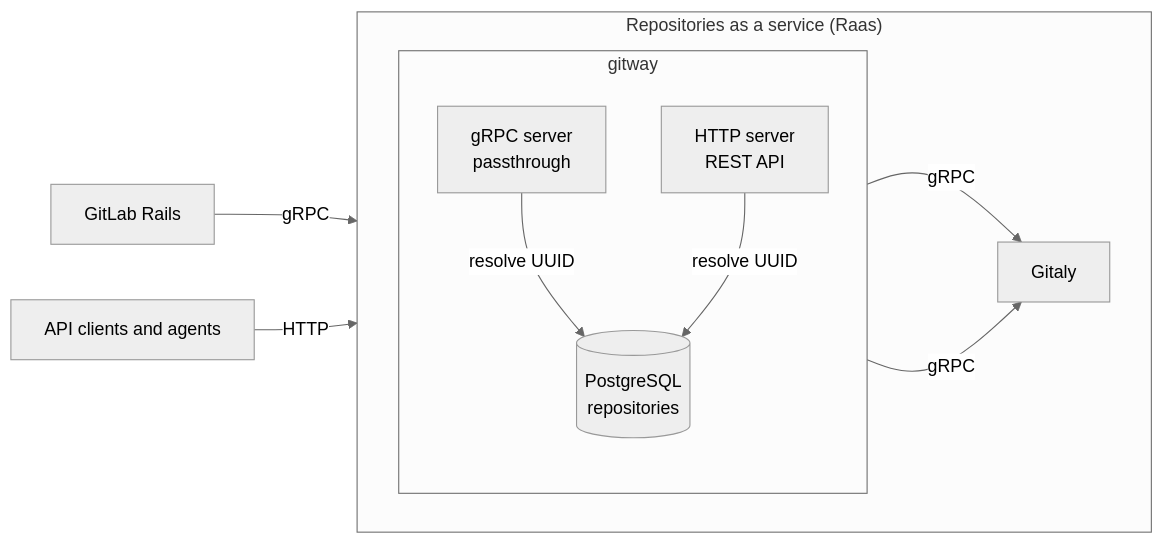
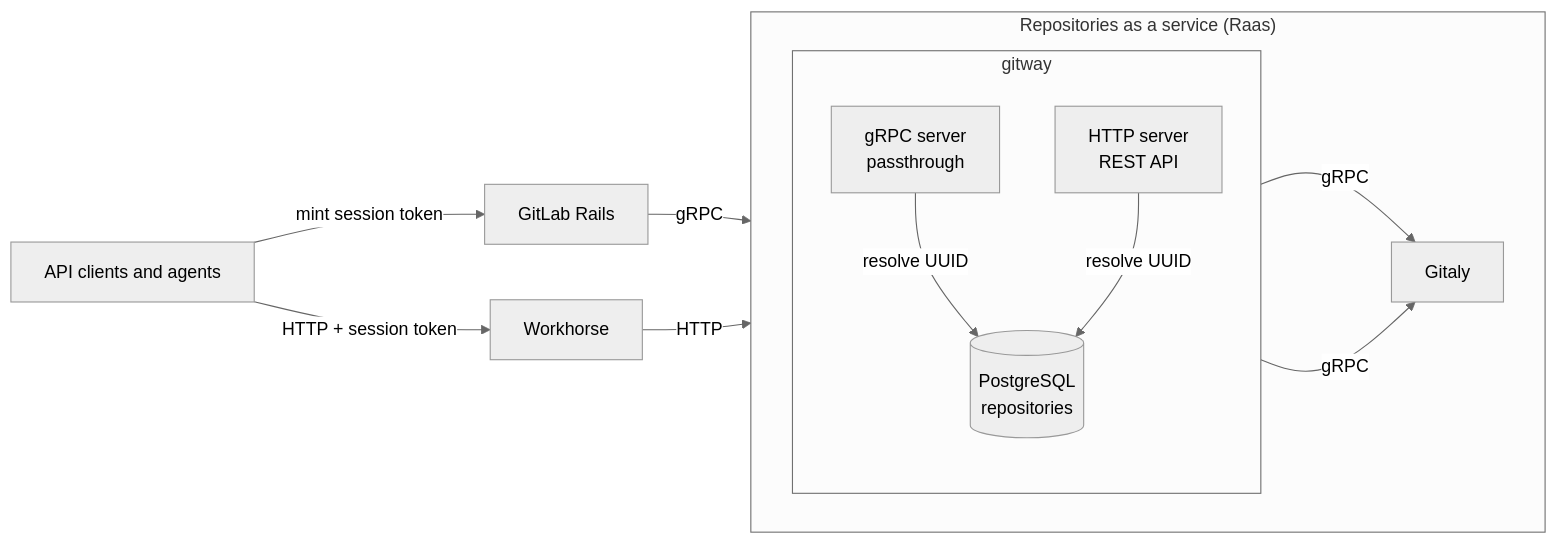
Before and after one commit to kyama0/gitlab-handbook-ja: the second of 6 diagrams in content/handbook/engineering/architecture/design-documents/gitway/_index.md, drawn with Mermaid (neutral theme). The commit also changed other lines of this file and 120 other files, not shown here.

````diff
--- a/content/handbook/engineering/architecture/design-documents/gitway/_index.md
+++ b/content/handbook/engineering/architecture/design-documents/gitway/_index.md
@@ -100,25 +101,28 @@
 ```mermaid
 flowchart LR
     Rails[GitLab Rails]
     Clients[API clients and agents]
+    Workhorse[Workhorse]
 
     subgraph Raas[Repositories as a service &lpar;Raas&rpar;]
         direction LR
         subgraph Gitway[gitway]
             direction TB
             GRPC[gRPC server<br/>passthrough]
             REST[HTTP server<br/>REST API]
             DB[(PostgreSQL<br/>repositories)]
             GRPC -->|resolve UUID| DB
             REST -->|resolve UUID| DB
         end
 
         Gitaly[Gitaly]
 
         GRPC -->|gRPC| Gitaly
         REST -->|gRPC| Gitaly
     end
 
+    Clients -->|mint session token| Rails
     Rails -->|gRPC| GRPC
-    Clients -->|HTTP| REST
+    Clients -->|HTTP + session token| Workhorse
+    Workhorse -->|HTTP| REST
 ```
````
